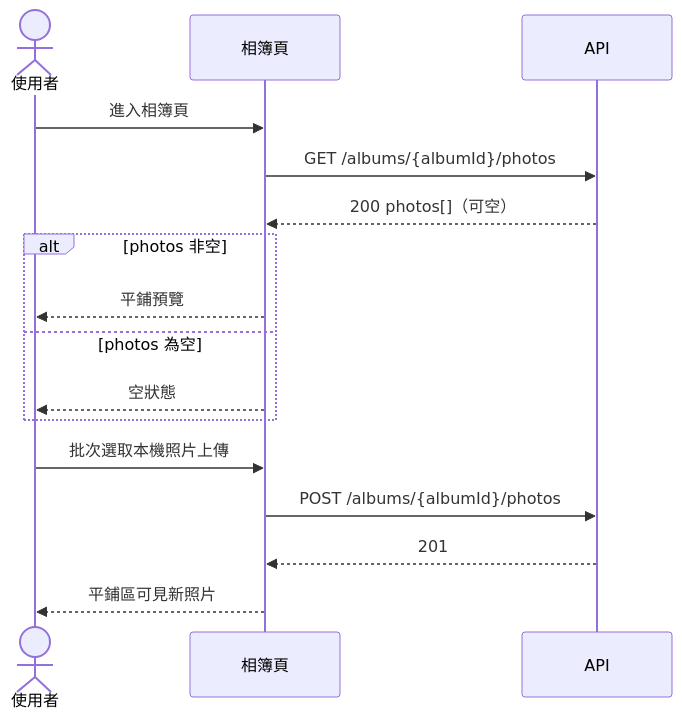
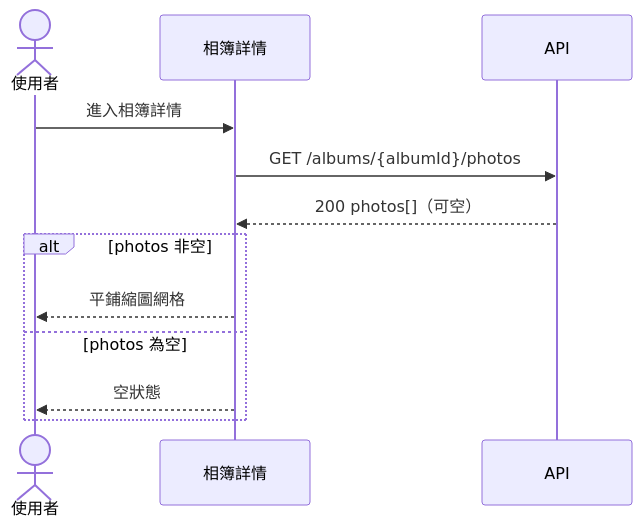
The fourth of 9 diagrams in .agents/skills/ui-plan/templates/ui-plan.example.md (Waterball-Limited-Company/Jochu-lv1-training-course), drawn with Mermaid before and after one commit. The commit also changed other lines of this file and 84 other files, not shown here.

````diff
--- a/.agents/skills/ui-plan/templates/ui-plan.example.md
+++ b/.agents/skills/ui-plan/templates/ui-plan.example.md
@@ -135,20 +116,15 @@
 ```mermaid
 sequenceDiagram
     actor U as 使用者
-    participant Album as 相簿頁
+    participant Album as 相簿詳情
     participant API as API
 
-    U->>Album: 進入相簿頁
+    U->>Album: 進入相簿詳情
     Album->>API: GET /albums/{albumId}/photos
     API-->>Album: 200 photos[]（可空）
     alt photos 非空
-        Album-->>U: 平鋪預覽
+        Album-->>U: 平鋪縮圖網格
     else photos 為空
         Album-->>U: 空狀態
     end
-
-    U->>Album: 批次選取本機照片上傳
-    Album->>API: POST /albums/{albumId}/photos
-    API-->>Album: 201
-    Album-->>U: 平鋪區可見新照片
 ```
````
